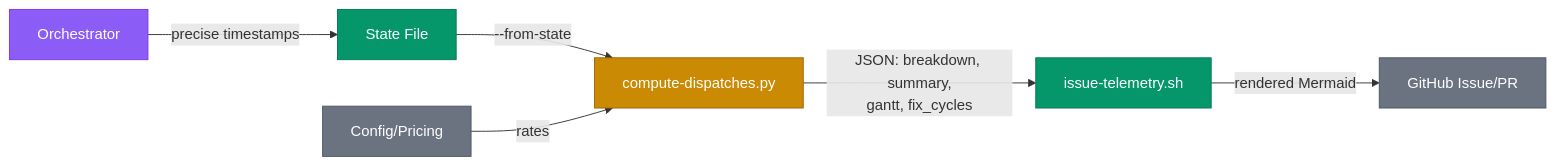
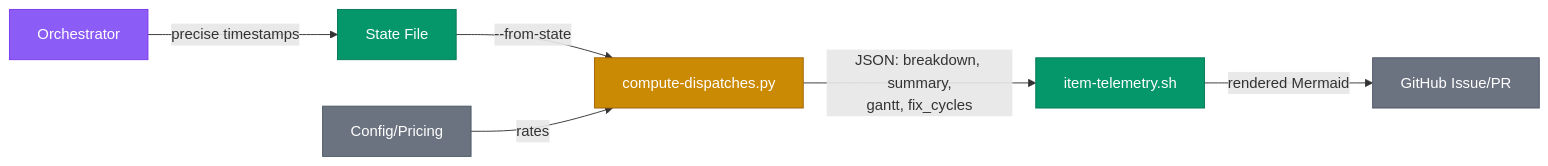
One commit to carlosboeing/agentic-sdlc-workflow changed the diagram in docs/2-design/2026-03-16-telemetry-accuracy-automation.md. Above: the diagram before and after it, drawn with Mermaid. The commit also changed other lines of this file and 154 other files, not shown here.

First line of the commit message:
Gantt Chart Readability: Story Code Regression and Work Timeline Mode (#255)

````diff
--- a/docs/2-design/2026-03-16-telemetry-accuracy-automation.md
+++ b/docs/2-design/2026-03-16-telemetry-accuracy-automation.md
@@ -305,16 +305,16 @@
 ```mermaid
 graph LR
     O[Orchestrator] -->|"precise timestamps"| S[State File]
     S -->|"--from-state"| P["compute-dispatches.py"]
-    P -->|"JSON: breakdown, summary,<br>gantt, fix_cycles"| T["issue-telemetry.sh"]
+    P -->|"JSON: breakdown, summary,<br>gantt, fix_cycles"| T["item-telemetry.sh"]
     T -->|"rendered Mermaid"| GH[GitHub Issue/PR]
 
     C[Config/Pricing] -->|"rates"| P
 
     style O fill:#8b5cf6,stroke:#7c3aed,color:#fff
     style S fill:#059669,stroke:#047857,color:#fff
     style P fill:#ca8a04,stroke:#a16207,color:#fff
     style T fill:#059669,stroke:#047857,color:#fff
     style GH fill:#6b7280,stroke:#4b5563,color:#fff
     style C fill:#6b7280,stroke:#4b5563,color:#fff
 ```
````
